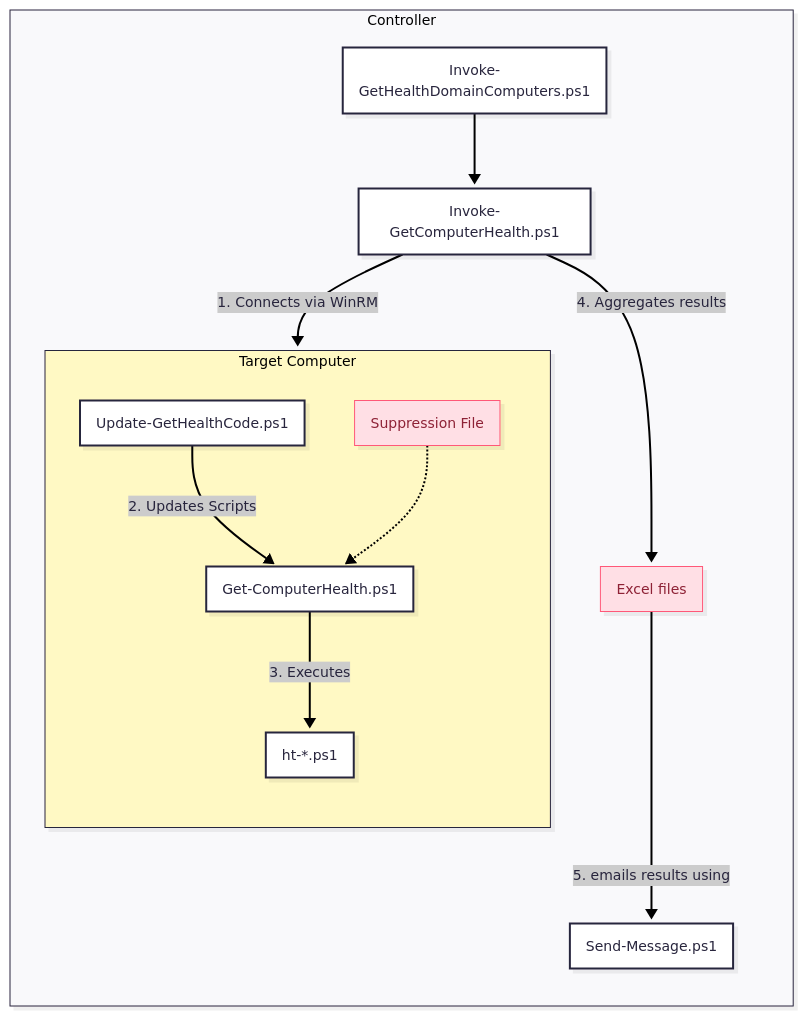
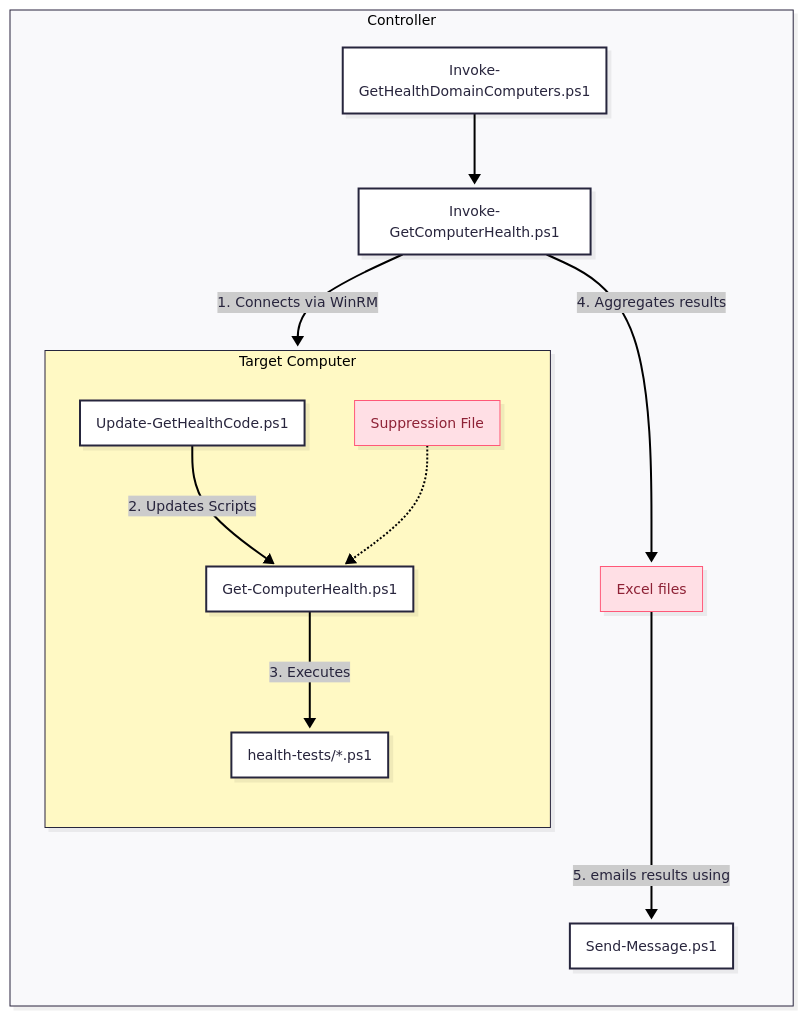
One commit to ndemou/GetComputerHealth changed the diagram in README.md. Above: the diagram before and after it, drawn with Mermaid. The commit also changed other lines of this file and 18 other files, not shown here.

Commit message:
Move health tests into subfolder and simplify updater install

````diff
--- a/README.md
+++ b/README.md
@@ -43,33 +43,33 @@
 ```mermaid
 ---
 config:
   look: neo
   theme: redux
 ---
 flowchart BT
  subgraph Controller["Controller"]
         Orchestrator["Invoke-GetComputerHealth.ps1"]
         Entry["Invoke-GetHealthDomainComputers.ps1"]
         Target["Target Servers"]
         Report["Excel files"]
         Mailer["Send-Message.ps1"]
   end
  subgraph Target["Target Computer"]
         LocalRunner["Get-ComputerHealth.ps1"]
         Updater["Update-GetHealthCode.ps1"]
-        Tests["ht-*.ps1"]
+        Tests["health-tests/*.ps1"]
         Config["Suppression File"]
   end
     Entry --> Orchestrator
     Orchestrator -- "1. Connects via WinRM" --> Target
     Orchestrator -- "4. Aggregates results" --> Report
     Report -- "5. emails results using" --> Mailer
     Updater -- "2. Updates Scripts" --> LocalRunner
     LocalRunner -- "3. Executes" --> Tests
     Config -.-> LocalRunner
 
      Report:::Rose
      Config:::Rose
     classDef Rose stroke-width:1px, stroke-dasharray:none, stroke:#FF5978, fill:#FFDFE5, color:#8E2236
     style Target fill:#FFF9C4
 ```
````
